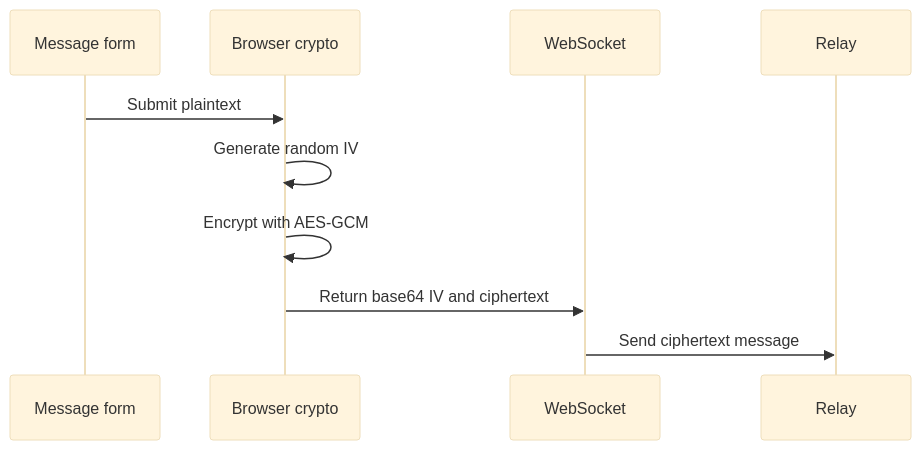
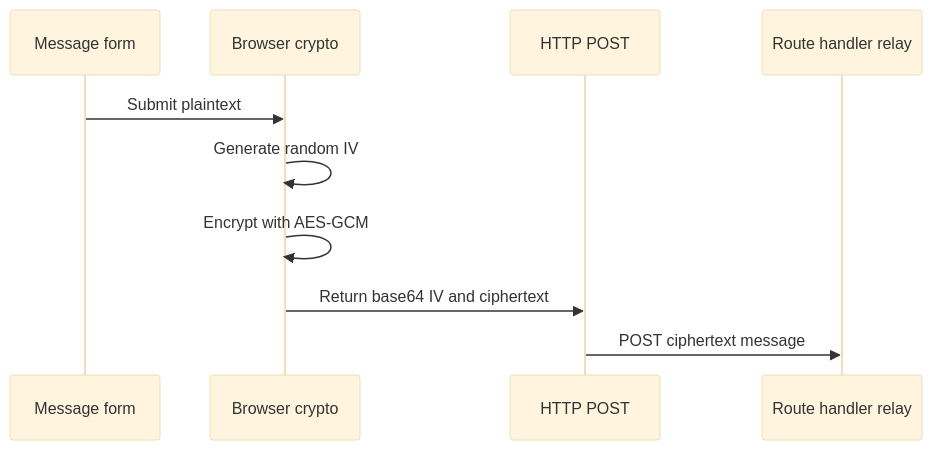
The third of 4 diagrams in docs/encryption-flow.md (matthewlovestocode/e2echat), drawn with Mermaid (base theme) before and after one commit. The commit also changed other lines of this file and 19 other files, not shown here.

Commit message:
Use Next route handlers for realtime relay

````diff
--- a/docs/encryption-flow.md
+++ b/docs/encryption-flow.md
@@ -68,13 +68,13 @@
 ```mermaid
 sequenceDiagram
   participant UI as Message form
   participant Crypto as Browser crypto
-  participant Socket as WebSocket
-  participant Relay as Relay
+  participant HTTP as HTTP POST
+  participant Relay as Route handler relay
 
   UI->>Crypto: Submit plaintext
   Crypto->>Crypto: Generate random IV
   Crypto->>Crypto: Encrypt with AES-GCM
-  Crypto->>Socket: Return base64 IV and ciphertext
-  Socket->>Relay: Send ciphertext message
+  Crypto->>HTTP: Return base64 IV and ciphertext
+  HTTP->>Relay: POST ciphertext message
 ```
````
